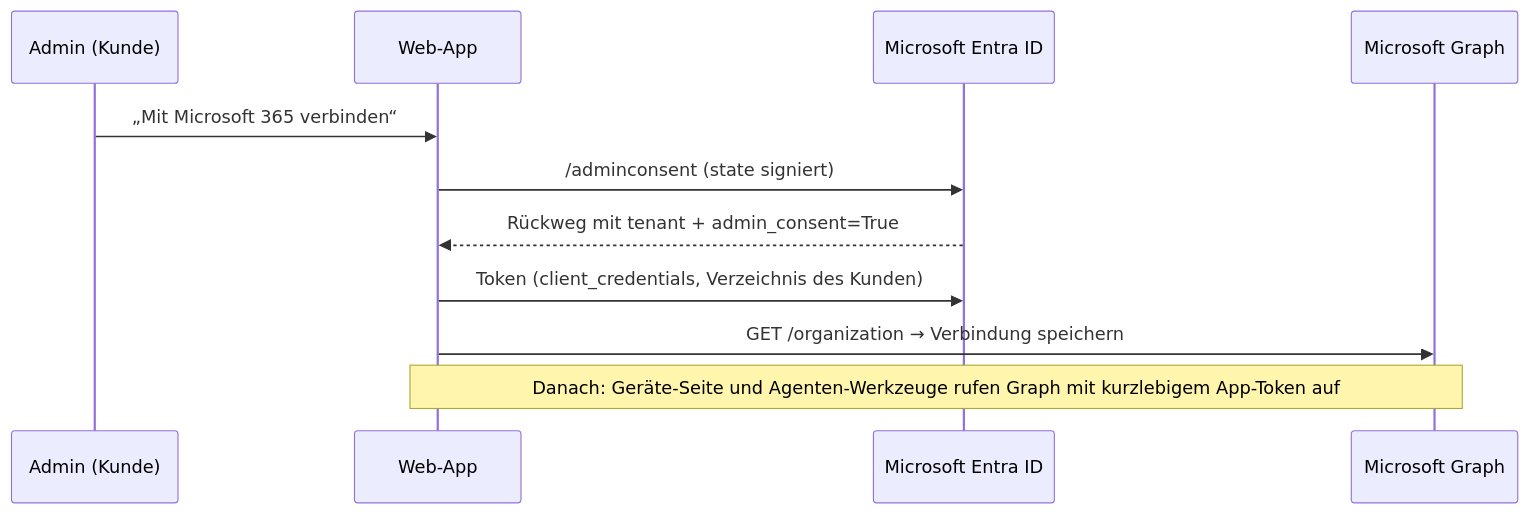
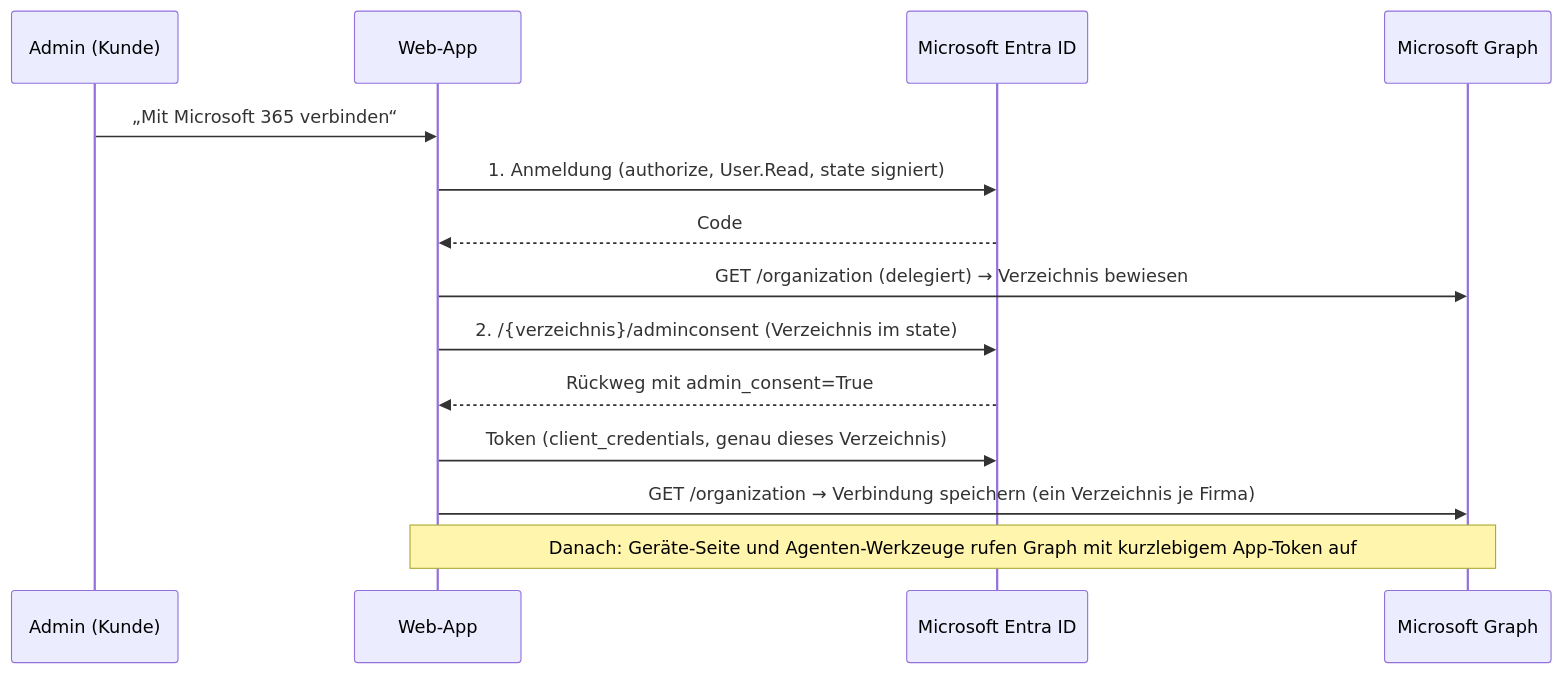
One commit to officemeitat-ui/new changed the fourth of 4 diagrams in docs/ARCHITECTURE.md. Above: the diagram before and after it, drawn with Mermaid. The commit also changed other lines of this file and 124 other files, not shown here.

````diff
--- a/docs/ARCHITECTURE.md
+++ b/docs/ARCHITECTURE.md
@@ -162,13 +164,16 @@
 ```mermaid
 sequenceDiagram
   participant A as Admin (Kunde)
   participant UI as Web-App
   participant MS as Microsoft Entra ID
   participant G as Microsoft Graph
   A->>UI: „Mit Microsoft 365 verbinden“
-  UI->>MS: /adminconsent (state signiert)
-  MS-->>UI: Rückweg mit tenant + admin_consent=True
-  UI->>MS: Token (client_credentials, Verzeichnis des Kunden)
-  UI->>G: GET /organization → Verbindung speichern
+  UI->>MS: 1. Anmeldung (authorize, User.Read, state signiert)
+  MS-->>UI: Code
+  UI->>G: GET /organization (delegiert) → Verzeichnis bewiesen
+  UI->>MS: 2. /{verzeichnis}/adminconsent (Verzeichnis im state)
+  MS-->>UI: Rückweg mit admin_consent=True
+  UI->>MS: Token (client_credentials, genau dieses Verzeichnis)
+  UI->>G: GET /organization → Verbindung speichern (ein Verzeichnis je Firma)
   Note over UI,G: Danach: Geräte-Seite und Agenten-Werkzeuge rufen Graph mit kurzlebigem App-Token auf
 ```
````
